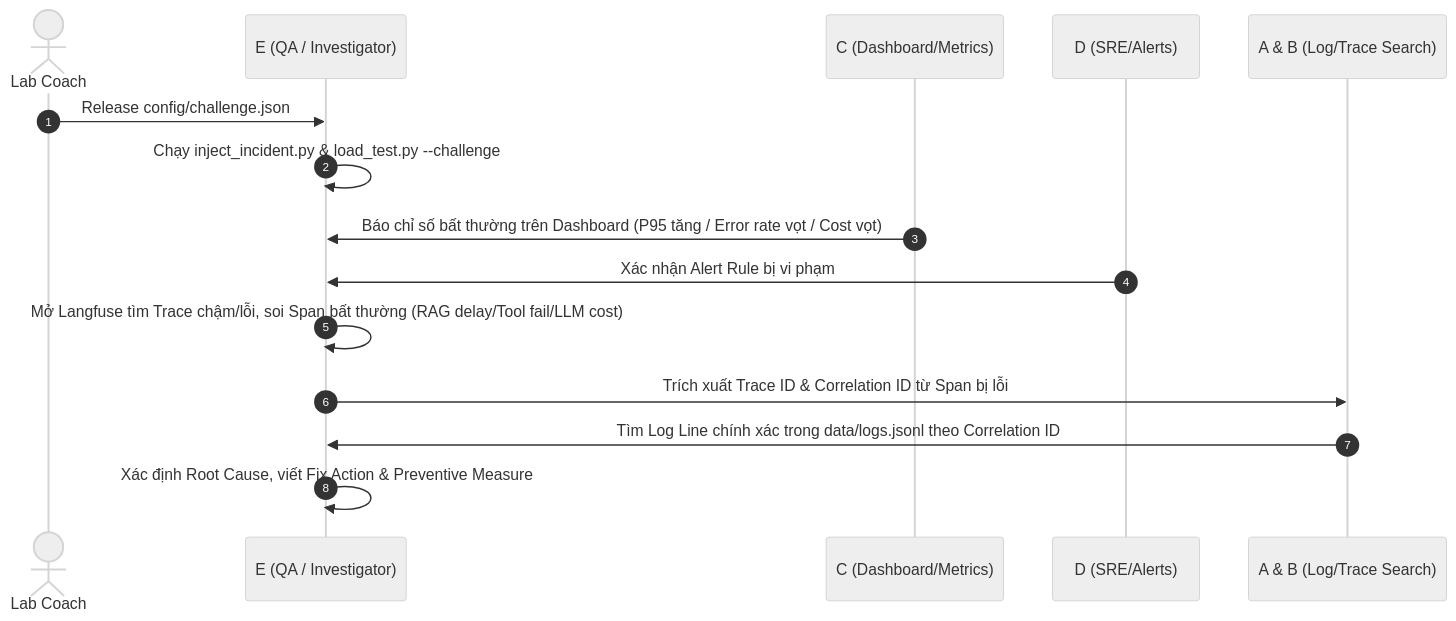
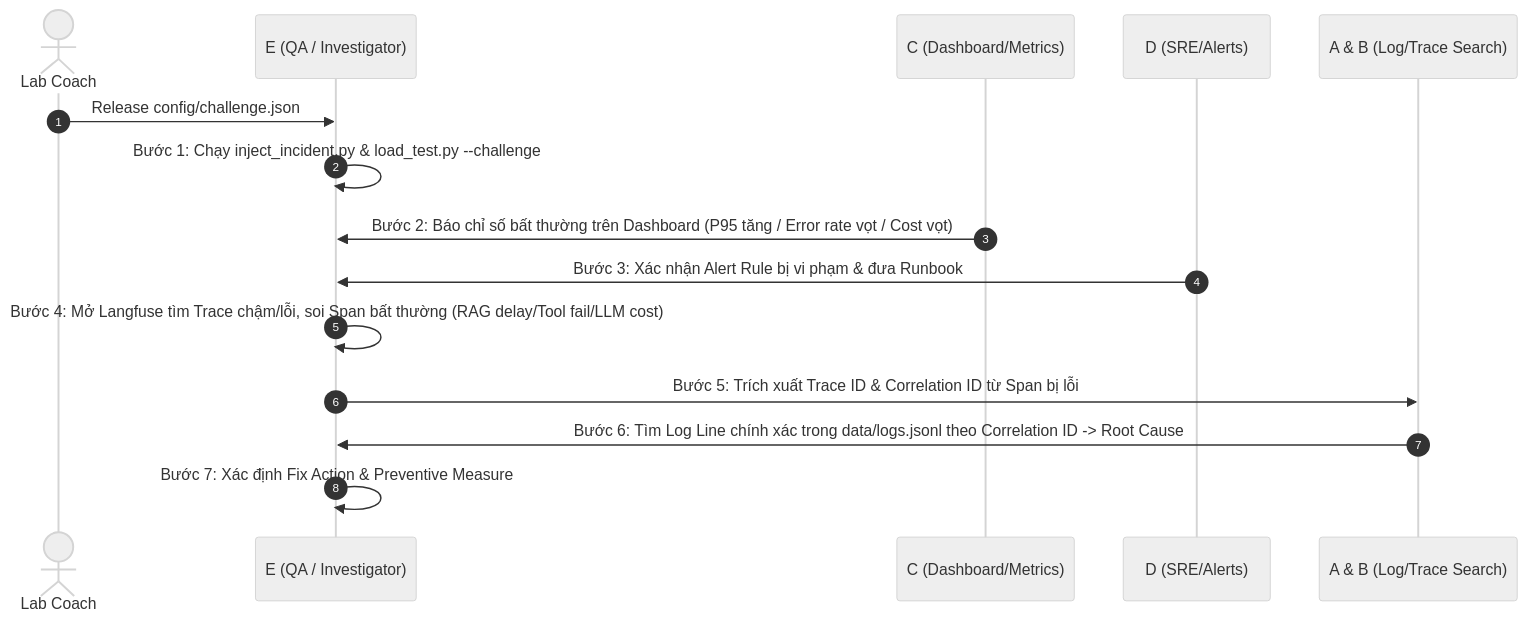
Before and after one commit to NguyenVanHung1707/K4-Day13-E402-HHQDA: the second of 3 diagrams in TASK_ASSIGNMENTS.md, drawn with Mermaid (neutral theme). The commit also changed other lines of this file, not shown here.

Commit message:
docs: add explicit parallel and sequential execution flow to each checkpoint in TASK_ASSIGNMENTS.md

````diff
--- a/TASK_ASSIGNMENTS.md
+++ b/TASK_ASSIGNMENTS.md
@@ -154,18 +188,18 @@
 ```mermaid
 sequenceDiagram
     autonumber
     actor Coach as Lab Coach
     participant E as E (QA / Investigator)
     participant C as C (Dashboard/Metrics)
     participant D as D (SRE/Alerts)
     participant A as A & B (Log/Trace Search)
 
     Coach->>E: Release config/challenge.json
-    E->>E: Chạy inject_incident.py & load_test.py --challenge
-    C->>E: Báo chỉ số bất thường trên Dashboard (P95 tăng / Error rate vọt / Cost vọt)
-    D->>E: Xác nhận Alert Rule bị vi phạm
-    E->>E: Mở Langfuse tìm Trace chậm/lỗi, soi Span bất thường (RAG delay/Tool fail/LLM cost)
-    E->>A: Trích xuất Trace ID & Correlation ID từ Span bị lỗi
-    A->>E: Tìm Log Line chính xác trong data/logs.jsonl theo Correlation ID
-    E->>E: Xác định Root Cause, viết Fix Action & Preventive Measure
+    E->>E: Bước 1: Chạy inject_incident.py & load_test.py --challenge
+    C->>E: Bước 2: Báo chỉ số bất thường trên Dashboard (P95 tăng / Error rate vọt / Cost vọt)
+    D->>E: Bước 3: Xác nhận Alert Rule bị vi phạm & đưa Runbook
+    E->>E: Bước 4: Mở Langfuse tìm Trace chậm/lỗi, soi Span bất thường (RAG delay/Tool fail/LLM cost)
+    E->>A: Bước 5: Trích xuất Trace ID & Correlation ID từ Span bị lỗi
+    A->>E: Bước 6: Tìm Log Line chính xác trong data/logs.jsonl theo Correlation ID -> Root Cause
+    E->>E: Bước 7: Xác định Fix Action & Preventive Measure
 ```
````
